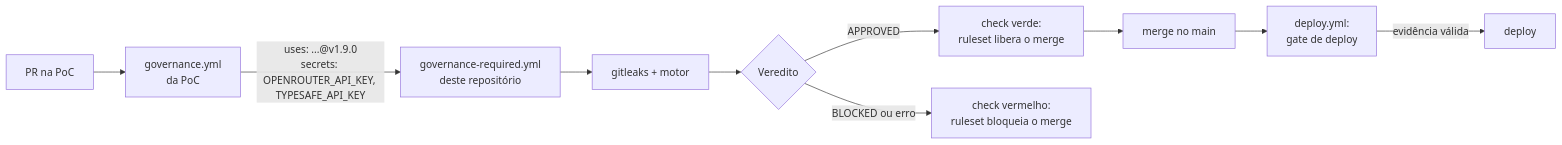
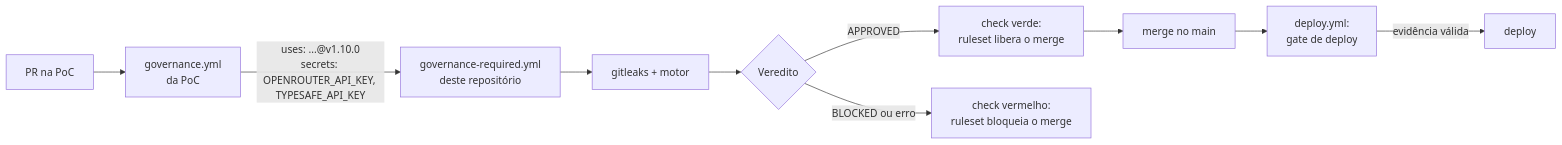
The diagram in README.md (robertosrjr/governance-policies), drawn with Mermaid before and after one commit. The commit also changed other lines of this file and 41 other files, not shown here.

````diff
--- a/README.md
+++ b/README.md
@@ -233,11 +251,11 @@
 ```mermaid
 flowchart LR
     A[PR na PoC] --> B[governance.yml<br/>da PoC]
-    B -- "uses: ...@v1.9.0<br/>secrets: OPENROUTER_API_KEY, TYPESAFE_API_KEY" --> C[governance-required.yml<br/>deste repositório]
+    B -- "uses: ...@v1.10.0<br/>secrets: OPENROUTER_API_KEY, TYPESAFE_API_KEY" --> C[governance-required.yml<br/>deste repositório]
     C --> D[gitleaks + motor]
     D --> E{Veredito}
     E -- APPROVED --> F[check verde:<br/>ruleset libera o merge]
     E -- BLOCKED ou erro --> G[check vermelho:<br/>ruleset bloqueia o merge]
     F --> H[merge no main] --> I[deploy.yml:<br/>gate de deploy]
     I -- evidência válida --> J[deploy]
 ```
````
